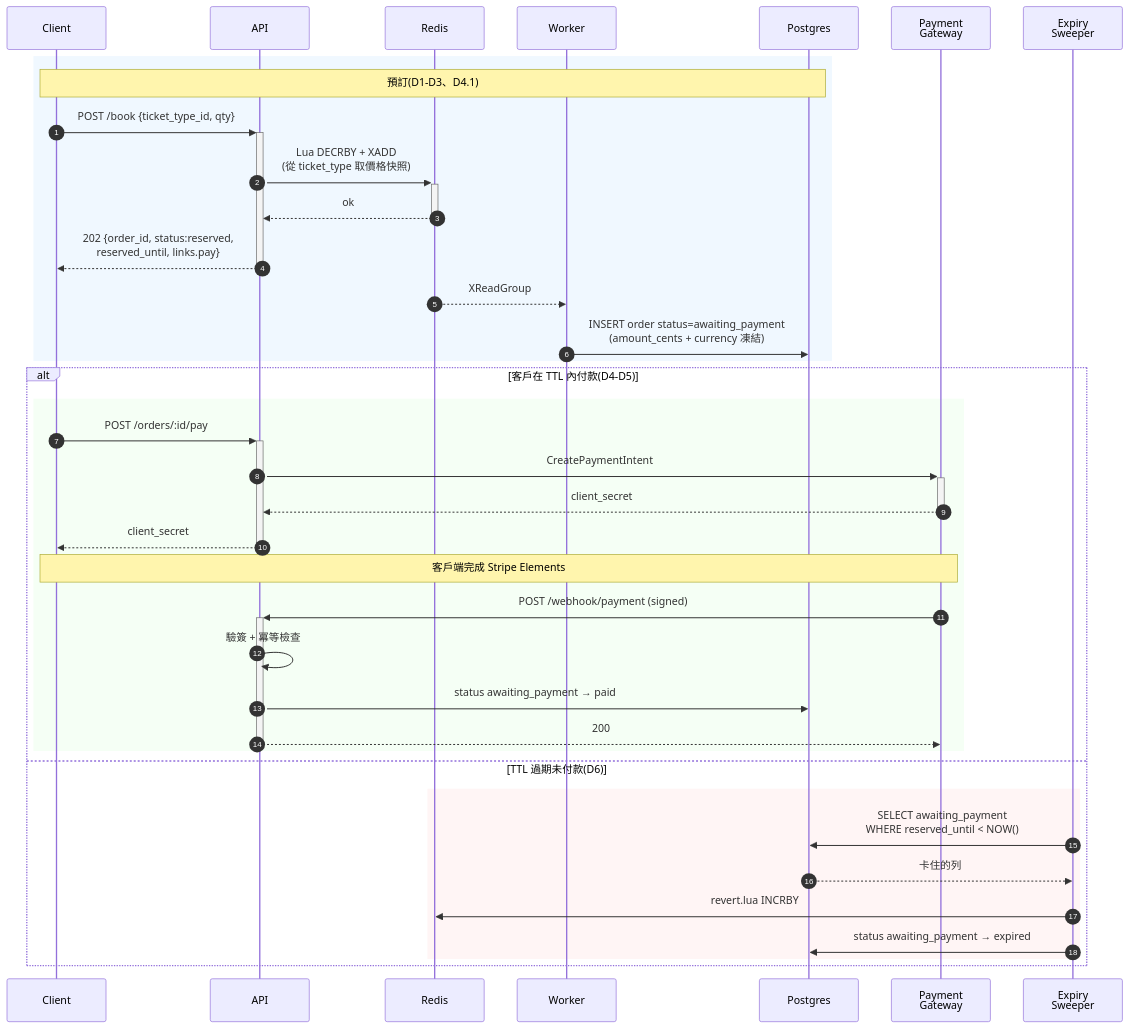
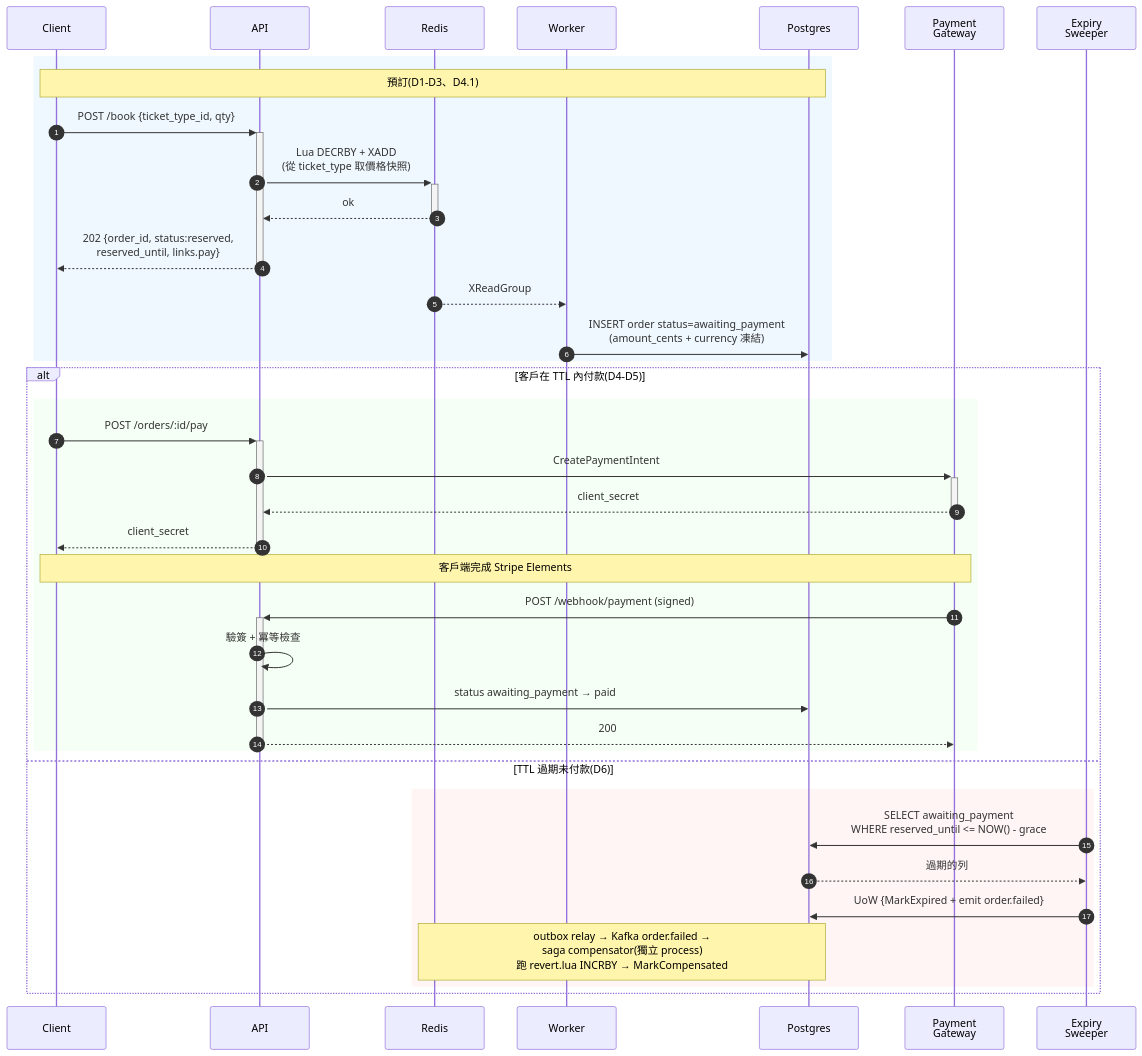
Before and after one commit to Leon180/booking_monitor: the sixth of 6 diagrams in README.zh-TW.md, drawn with Mermaid. The commit also changed other lines of this file and 28 other files, not shown here.

````diff
--- a/README.zh-TW.md
+++ b/README.zh-TW.md
@@ -110,42 +110,42 @@
 ```mermaid
 sequenceDiagram
     autonumber
     participant C as Client
     participant API
     participant R as Redis
     participant W as Worker
     participant P as Postgres
     participant GW as Payment<br/>Gateway
     participant SW as Expiry<br/>Sweeper
 
     rect rgb(240, 248, 255)
     Note over C,P: 預訂(D1-D3、D4.1)
     C->>+API: POST /book {ticket_type_id, qty}
     API->>+R: Lua DECRBY + XADD<br/>(從 ticket_type 取價格快照)
     R-->>-API: ok
     API-->>-C: 202 {order_id, status:reserved,<br/>reserved_until, links.pay}
     R-->>W: XReadGroup
     W->>P: INSERT order status=awaiting_payment<br/>(amount_cents + currency 凍結)
     end
 
     alt 客戶在 TTL 內付款(D4-D5)
         rect rgb(245, 255, 245)
         C->>+API: POST /orders/:id/pay
         API->>+GW: CreatePaymentIntent
         GW-->>-API: client_secret
         API-->>-C: client_secret
         Note over C,GW: 客戶端完成 Stripe Elements
         GW->>+API: POST /webhook/payment (signed)
         API->>API: 驗簽 + 冪等檢查
         API->>P: status awaiting_payment → paid
         API-->>-GW: 200
         end
     else TTL 過期未付款(D6)
         rect rgb(255, 245, 245)
-        SW->>P: SELECT awaiting_payment<br/>WHERE reserved_until < NOW()
-        P-->>SW: 卡住的列
-        SW->>R: revert.lua INCRBY
-        SW->>P: status awaiting_payment → expired
+        SW->>P: SELECT awaiting_payment<br/>WHERE reserved_until <= NOW() - grace
+        P-->>SW: 過期的列
+        SW->>P: UoW {MarkExpired + emit order.failed}
+        Note over P,R: outbox relay → Kafka order.failed →<br/>saga compensator(獨立 process)<br/>跑 revert.lua INCRBY → MarkCompensated
         end
     end
 ```
````
